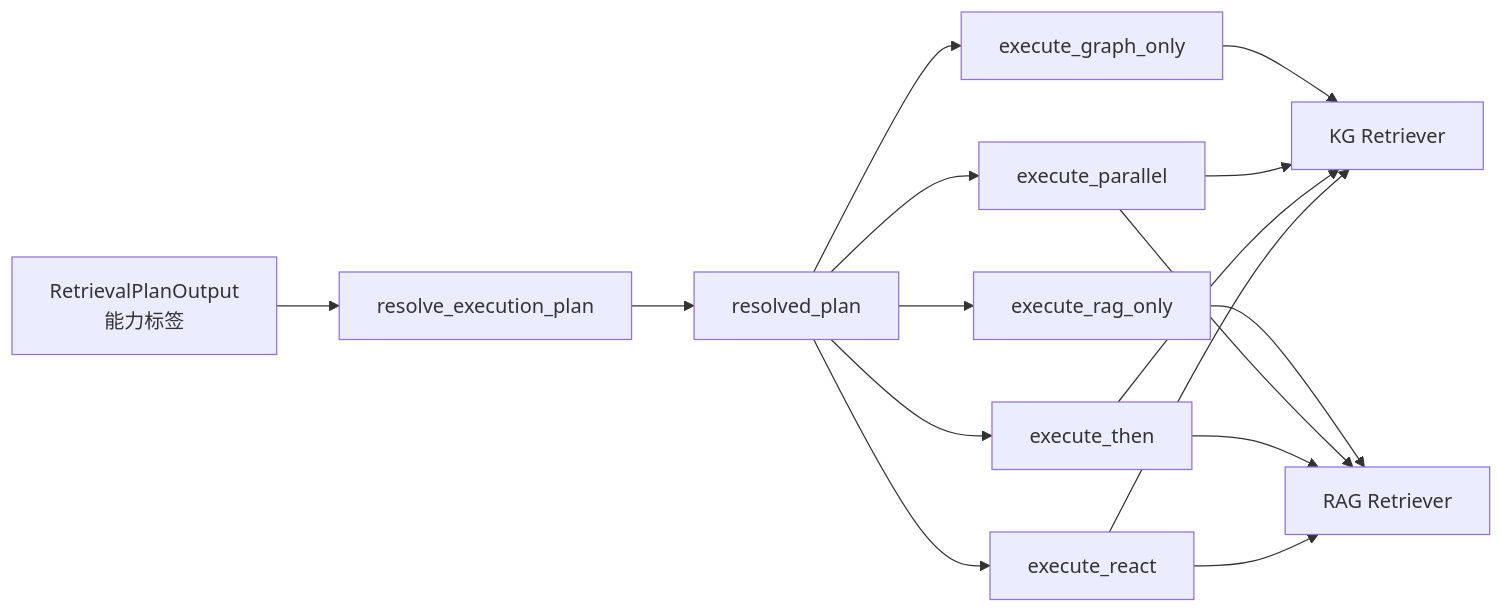
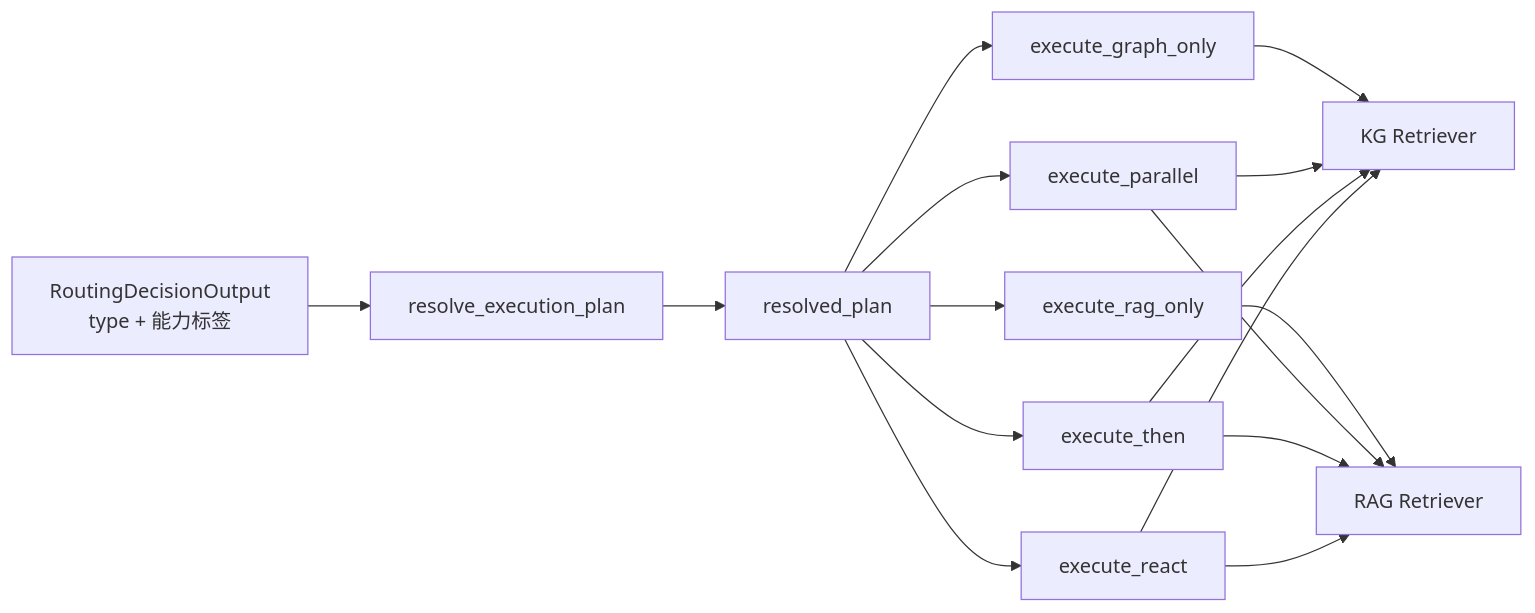
The tenth of 10 diagrams in docs/modules/05-知识检索与文档解析.md (bitladykiller/-), drawn with Mermaid before and after one commit. The commit also changed other lines of this file and 19 other files, not shown here.

````diff
--- a/docs/modules/05-知识检索与文档解析.md
+++ b/docs/modules/05-知识检索与文档解析.md
@@ -1509,18 +1511,18 @@
 ```mermaid
 flowchart LR
-    LLM[RetrievalPlanOutput<br/>能力标签] --> R[resolve_execution_plan]
+    LLM[RoutingDecisionOutput<br/>type + 能力标签] --> R[resolve_execution_plan]
     R --> RP[resolved_plan]
     RP --> E1[execute_graph_only]
     RP --> E2[execute_rag_only]
     RP --> E3[execute_parallel]
     RP --> E4[execute_then]
     RP --> E5[execute_react]
     E1 --> KG[KG Retriever]
     E2 --> RAG[RAG Retriever]
     E3 --> KG
     E3 --> RAG
     E4 --> KG
     E4 --> RAG
     E5 --> KG
     E5 --> RAG
 ```
````
